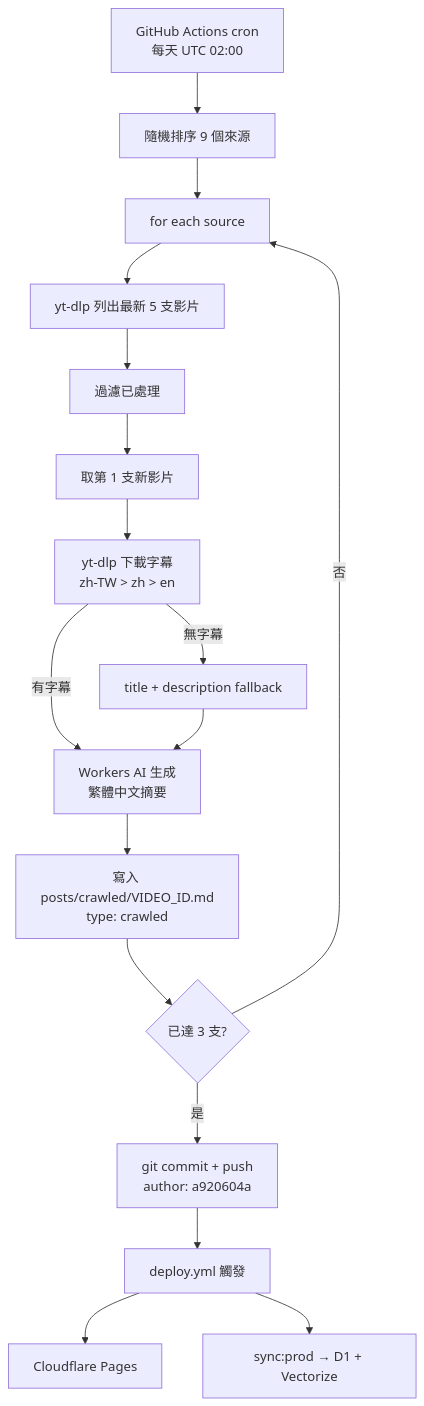
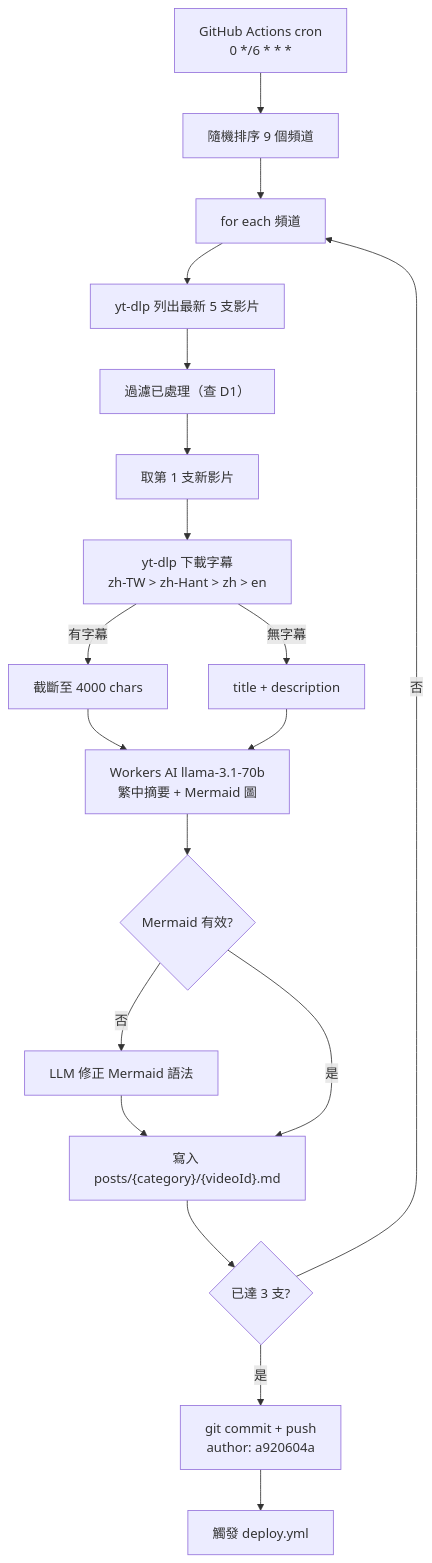
One commit to a920604a/engineernews changed the second of 3 diagrams in docs/ingest.md. Above: the diagram before and after it, drawn with Mermaid. The commit also changed other lines of this file and 9 other files, not shown here.

````diff
--- a/docs/ingest.md
+++ b/docs/ingest.md
@@ -80,19 +81,21 @@
 ```mermaid
 flowchart TD
-  Cron[GitHub Actions cron\n每天 UTC 02:00] --> Shuffle[隨機排序 9 個來源]
-  Shuffle --> Loop[for each source]
-  Loop --> List[yt-dlp 列出最新 5 支影片]
-  List --> Filter[過濾已處理]
+  Cron["GitHub Actions cron<br/>0 */6 * * *"] --> Shuffle[隨機排序 9 個頻道]
+  Shuffle --> Loop[for each 頻道]
+  Loop --> List["yt-dlp 列出最新 5 支影片"]
+  List --> Filter[過濾已處理（查 D1）]
   Filter --> Pick[取第 1 支新影片]
-  Pick --> Sub[yt-dlp 下載字幕\nzh-TW > zh > en]
-  Sub -- 有字幕 --> AI[Workers AI 生成\n繁體中文摘要]
-  Sub -- 無字幕 --> Fallback[title + description fallback]
-  Fallback --> AI
-  AI --> Write[寫入 posts/crawled/VIDEO_ID.md\ntype: crawled]
+  Pick --> Sub["yt-dlp 下載字幕<br/>zh-TW > zh-Hant > zh > en"]
+  Sub -->|有字幕| Trim[截斷至 4000 chars]
+  Sub -->|無字幕| Fallback[title + description]
+  Trim --> LLM["Workers AI llama-3.1-70b<br/>繁中摘要 + Mermaid 圖"]
+  Fallback --> LLM
+  LLM --> Validate{Mermaid 有效?}
+  Validate -->|否| Fix["LLM 修正 Mermaid 語法"]
+  Fix --> Write
+  Validate -->|是| Write["寫入 posts/{category}/{videoId}.md"]
   Write --> Count{已達 3 支?}
-  Count -- 是 --> Commit[git commit + push\nauthor: a920604a]
-  Count -- 否 --> Loop
-  Commit --> CI[deploy.yml 觸發]
-  CI --> Deploy[Cloudflare Pages]
-  CI --> Sync[sync:prod → D1 + Vectorize]
+  Count -->|否| Loop
+  Count -->|是| Commit["git commit + push<br/>author: a920604a"]
+  Commit --> Deploy[觸發 deploy.yml]
 ```
````
